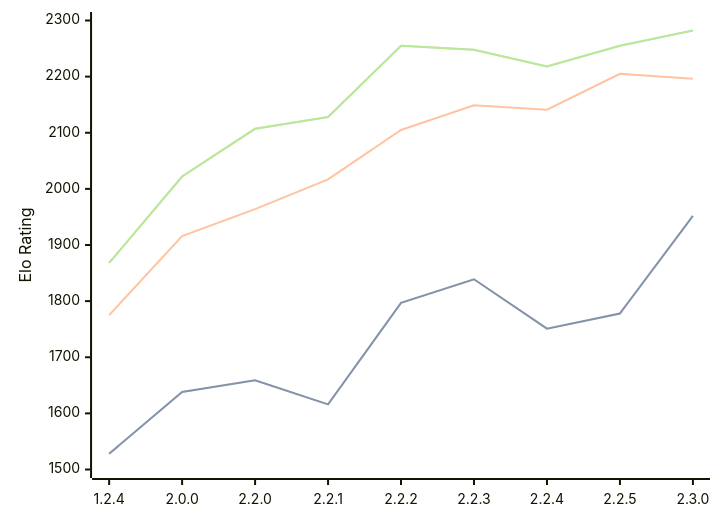
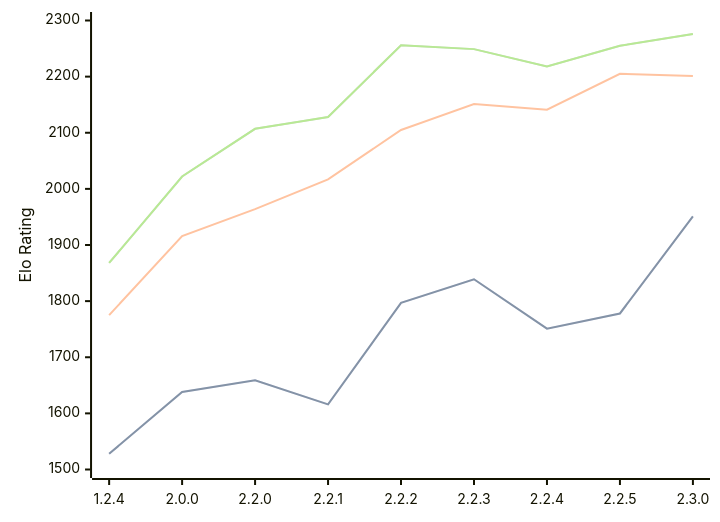
The diagram in engines/Kreveta.md (computer-chess-index/cci), drawn with Mermaid before and after one commit. The commit also changed other lines of this file, not shown here.

Commit message:
Update CCI Ratings (ELO VLTC) - 2026-04-25

````diff
--- a/engines/Kreveta.md
+++ b/engines/Kreveta.md
@@ -42,11 +42,11 @@
 ```mermaid
 %%{init: {"theme":"base","themeVariables":{"seriesColors:['#a3a3a3','#222221','#faa371']}}}%%
 xychart-beta
   x-axis ["1.2.4", "2.0.0", "2.2.0", "2.2.1", "2.2.2", "2.2.3", "2.2.4", "2.2.5", "2.3.0"]
   y-axis "Elo Rating" 1500 --> 2300
-  line "STC (8.0+0.08s)" [1528, 1638, 1659, 1616, 1797, 1839, 1751, 1778, 1952]
-  line "STC (8.0+0.08s)" [1528, 1638, 1659, 1616, 1797, 1839, 1751, 1778, 1952]
-  line "LTC (60.0+0.60s)" [1775, 1916, 1964, 2017, 2105, 2149, 2141, 2205, 2196]
-  line "VLTC (2m24s+1.12s)" [1868, 2022, 2107, 2128, 2255, 2248, 2218, 2255, 2282]
-  line "VLTC (2m24s+1.12s)" [1868, 2022, 2107, 2128, 2255, 2248, 2218, 2255, 2282]
+  line "STC (8.0+0.08s)" [1528, 1638, 1659, 1616, 1797, 1839, 1751, 1778, 1951]
+  line "STC (8.0+0.08s)" [1528, 1638, 1659, 1616, 1797, 1839, 1751, 1778, 1951]
+  line "LTC (60.0+0.60s)" [1775, 1916, 1964, 2017, 2105, 2151, 2141, 2205, 2201]
+  line "VLTC (2m24s+1.12s)" [1868, 2022, 2107, 2128, 2256, 2249, 2218, 2255, 2276]
+  line "VLTC (2m24s+1.12s)" [1868, 2022, 2107, 2128, 2256, 2249, 2218, 2255, 2276]
 ```
````
